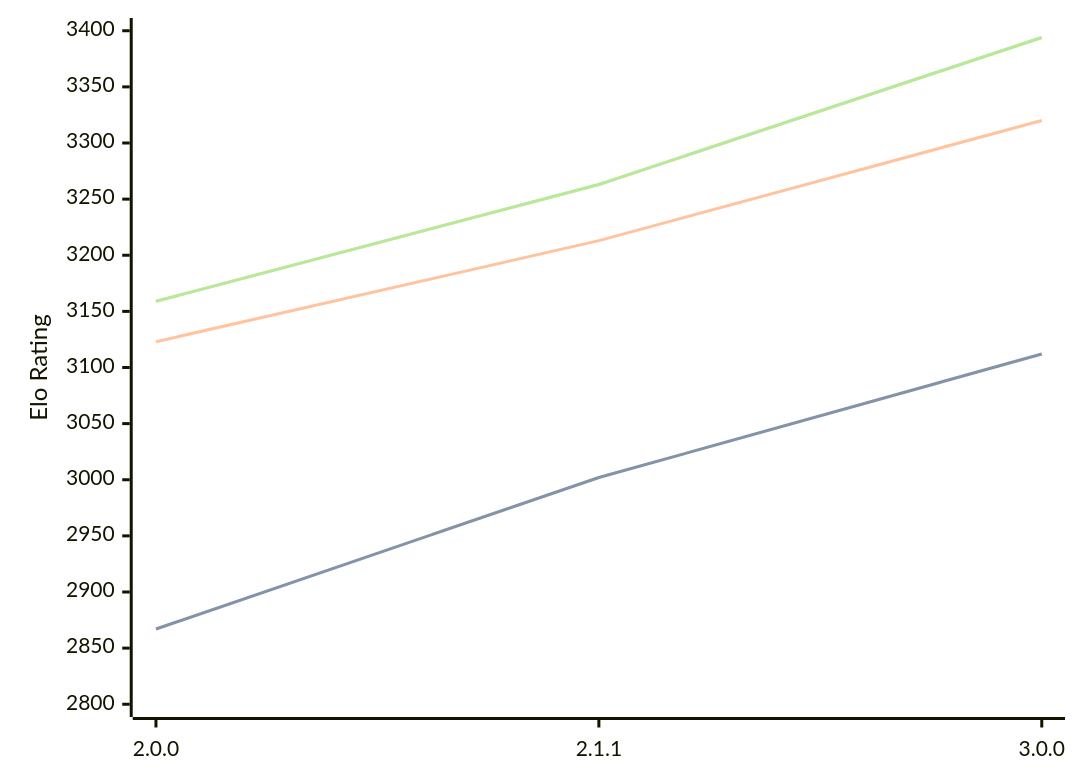
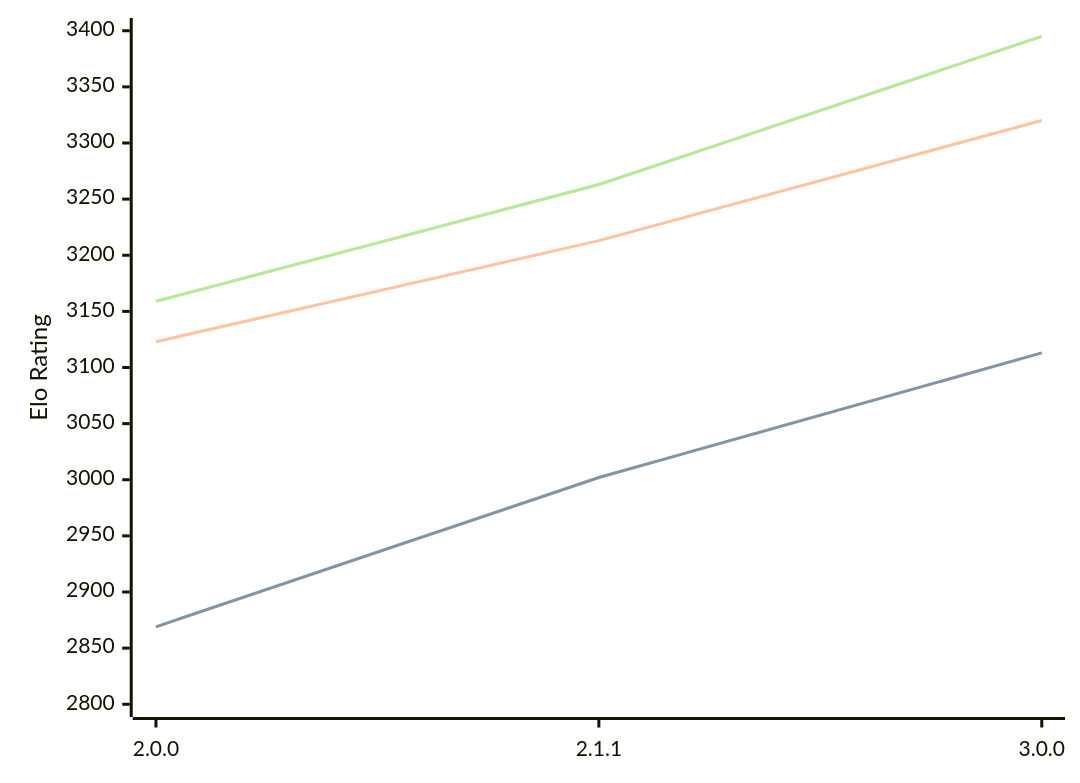
The diagram in engines/Bread.md (computer-chess-index/cci), drawn with Mermaid before and after one commit. The commit also changed other lines of this file, not shown here.

Commit message:
Update CCI Ratings (ELO VLTC) - 2026-10-02

````diff
--- a/engines/Bread.md
+++ b/engines/Bread.md
@@ -36,11 +36,11 @@
 ```mermaid
 %%{init: {"theme":"base","themeVariables":{"seriesColors:['#a3a3a3','#222221','#faa371']}}}%%
 xychart-beta
   x-axis ["2.0.0", "2.1.1", "3.0.0"]
   y-axis "Elo Rating" 2800 --> 3400
-  line "" [2867, 3002, 3112]
-  line "STC (8.0+0.08s)" [2867, 3002, 3112]
+  line "" [2869, 3002, 3113]
+  line "STC (8.0+0.08s)" [2869, 3002, 3113]
   line "LTC (60.0+0.60s)" [3123, 3213, 3320]
-  line "" [3159, 3263, 3394]
-  line "VLTC (2m24s+1.12s)" [3159, 3263, 3394]
+  line "" [3159, 3263, 3395]
+  line "VLTC (2m24s+1.12s)" [3159, 3263, 3395]
 ```
````
